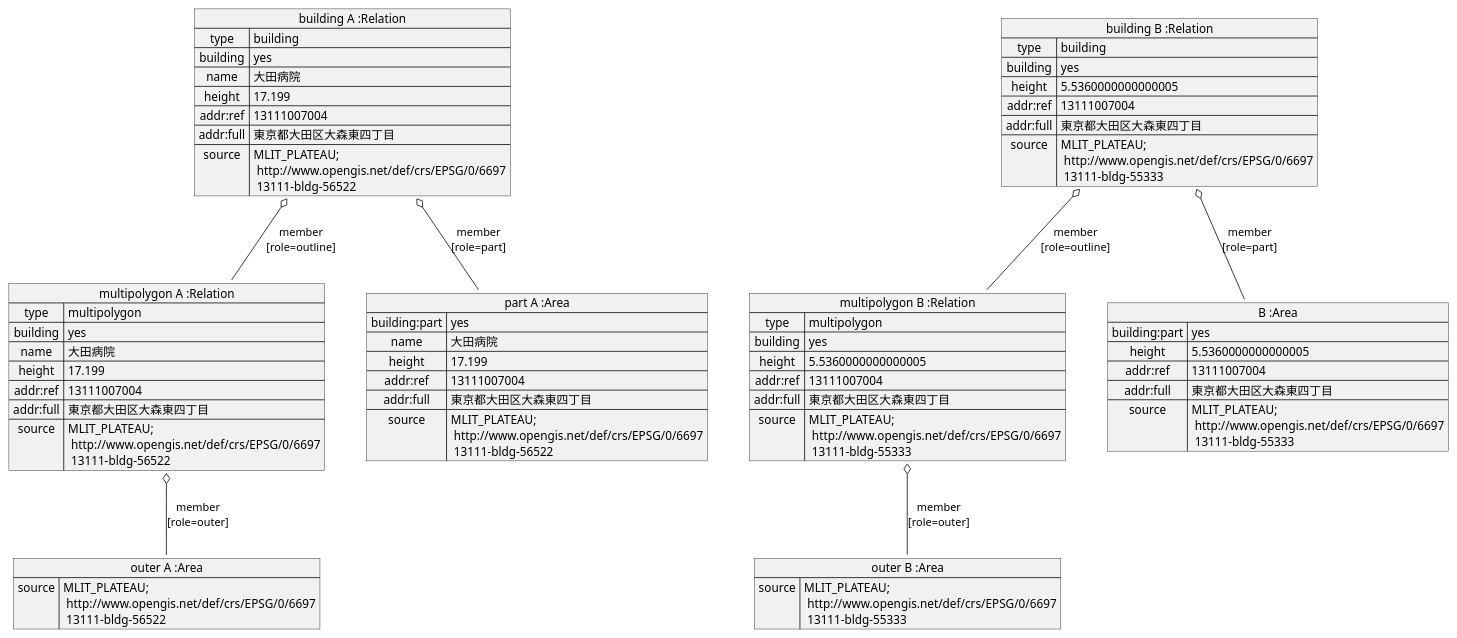
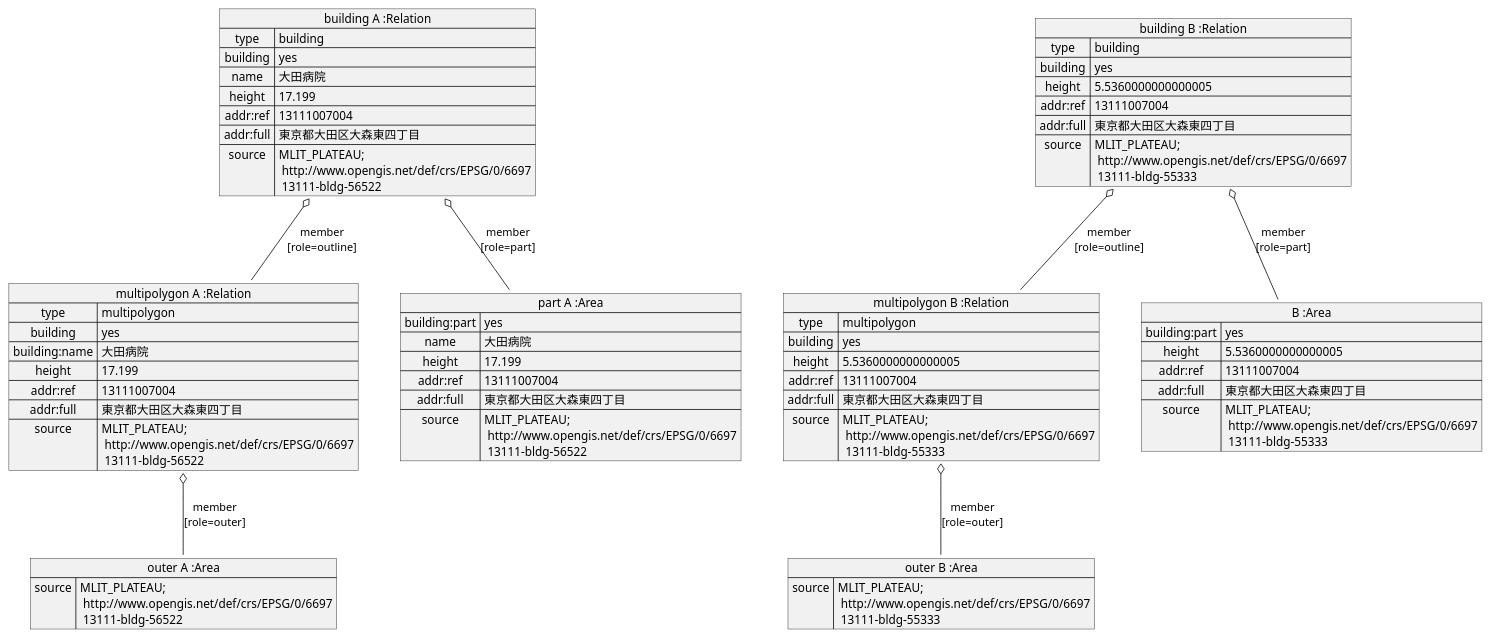
The diagram in doc/building/sample-e/osm1-parse.pu (yuuhayashi/citygml-osm), drawn with PlantUML before and after one commit. The commit also changed 33 other files, not shown here.

```diff
--- a/doc/building/sample-e/osm1-parse.pu
+++ b/doc/building/sample-e/osm1-parse.pu
@@ -1,73 +1,73 @@
 @startuml
 map "building A :Relation" as buildingA {
  type => building
  building => yes
  name => 大田病院
  height => 17.199
  addr:ref => 13111007004
  addr:full => 東京都大田区大森東四丁目
  source => MLIT_PLATEAU;\n http://www.opengis.net/def/crs/EPSG/0/6697\n 13111-bldg-56522
 }
 
 map "multipolygon A :Relation" as polygonA {
  type => multipolygon
  building => yes
- name => 大田病院
+ building:name => 大田病院
  height => 17.199
  addr:ref => 13111007004
  addr:full => 東京都大田区大森東四丁目
  source => MLIT_PLATEAU;\n http://www.opengis.net/def/crs/EPSG/0/6697\n 13111-bldg-56522
 }
 
 map "part A :Area" as partA {
  building:part => yes
  name => 大田病院
  height => 17.199
  addr:ref => 13111007004
  addr:full => 東京都大田区大森東四丁目
  source => MLIT_PLATEAU;\n http://www.opengis.net/def/crs/EPSG/0/6697\n 13111-bldg-56522
 }
 
 map "outer A :Area" as outerA {
  source => MLIT_PLATEAU;\n http://www.opengis.net/def/crs/EPSG/0/6697\n 13111-bldg-56522
 }
 
 buildingA o-- partA : member\n[role=part]
 buildingA o-- polygonA : member\n[role=outline]
 polygonA o-- outerA : member\n[role=outer]
 
 
 map "building B :Relation" as buildingB {
  type => building
  building => yes
  height => 5.5360000000000005
  addr:ref => 13111007004
  addr:full => 東京都大田区大森東四丁目
  source => MLIT_PLATEAU;\n http://www.opengis.net/def/crs/EPSG/0/6697\n 13111-bldg-55333
 }
 
 map "multipolygon B :Relation" as polygonB {
  type => multipolygon
  building => yes
  height => 5.5360000000000005
  addr:ref => 13111007004
  addr:full => 東京都大田区大森東四丁目
  source => MLIT_PLATEAU;\n http://www.opengis.net/def/crs/EPSG/0/6697\n 13111-bldg-55333
 }
 
 map "B :Area" as partB {
  building:part => yes
  height => 5.5360000000000005
  addr:ref => 13111007004
  addr:full => 東京都大田区大森東四丁目
  source => MLIT_PLATEAU;\n http://www.opengis.net/def/crs/EPSG/0/6697\n 13111-bldg-55333
 }
 
 map "outer B :Area" as outerB {
  source => MLIT_PLATEAU;\n http://www.opengis.net/def/crs/EPSG/0/6697\n 13111-bldg-55333
 }
 
 buildingB o-- partB : member\n[role=part]
 buildingB o-- polygonB : member\n[role=outline]
 polygonB o-- outerB : member\n[role=outer]
 @enduml
```
